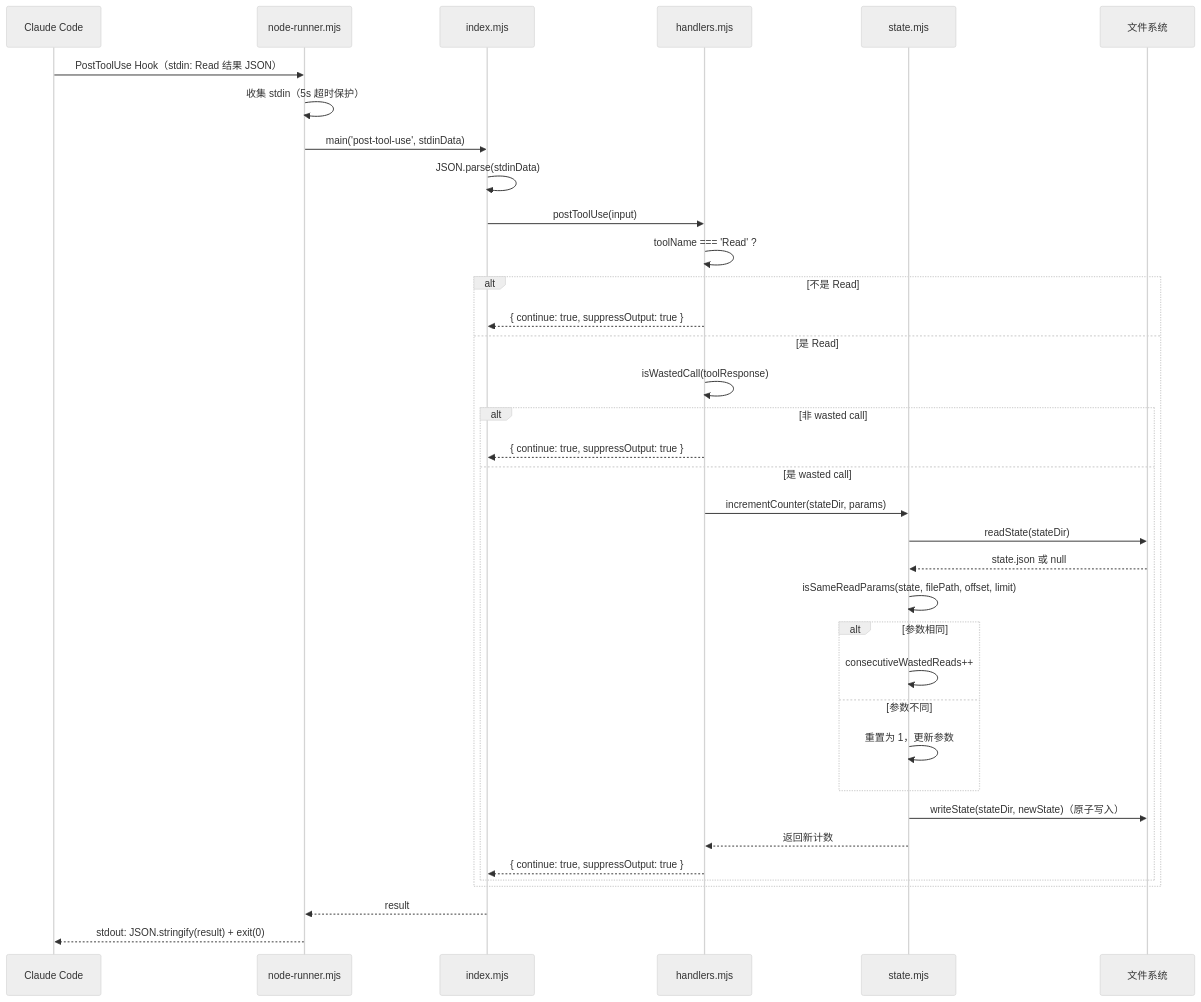
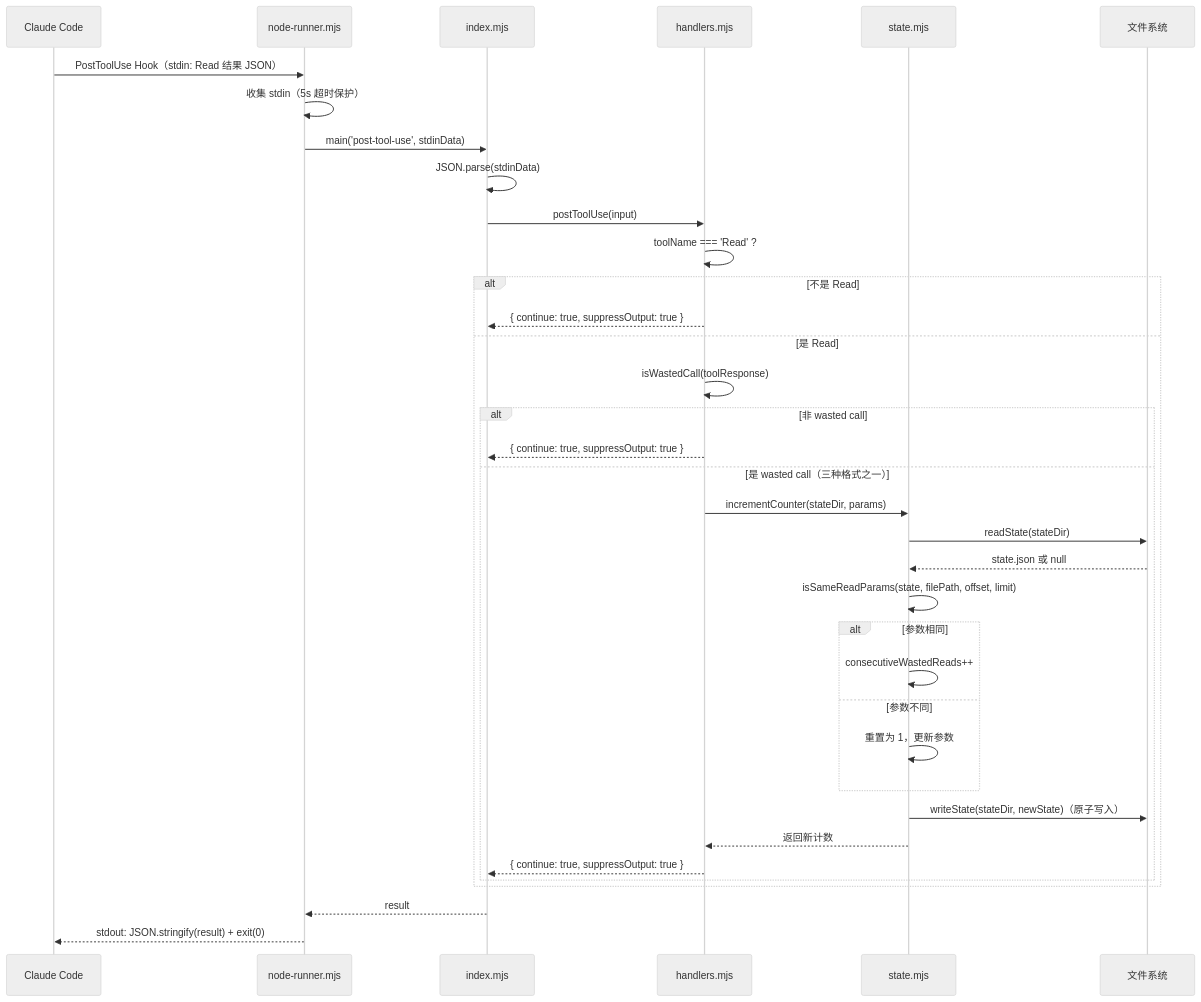
One commit to Lionad-Morotar/cc-break-dead-loop changed the second of 6 diagrams in docs/3. Workflow Overview.md. Above: the diagram before and after it, drawn with Mermaid (neutral theme). The commit also changed other lines of this file and 6 other files, not shown here.

````diff
--- a/docs/3. Workflow Overview.md
+++ b/docs/3. Workflow Overview.md
@@ -33,39 +33,39 @@
 ```mermaid
 sequenceDiagram
   participant CC as Claude Code
   participant NR as node-runner.mjs
   participant IDX as index.mjs
   participant HND as handlers.mjs
   participant ST as state.mjs
   participant FS as 文件系统
 
   CC->>NR: PostToolUse Hook（stdin: Read 结果 JSON）
   NR->>NR: 收集 stdin（5s 超时保护）
   NR->>IDX: main('post-tool-use', stdinData)
   IDX->>IDX: JSON.parse(stdinData)
   IDX->>HND: postToolUse(input)
   HND->>HND: toolName === 'Read' ?
   alt 不是 Read
     HND-->>IDX: { continue: true, suppressOutput: true }
   else 是 Read
     HND->>HND: isWastedCall(toolResponse)
     alt 非 wasted call
       HND-->>IDX: { continue: true, suppressOutput: true }
-    else 是 wasted call
+    else 是 wasted call（三种格式之一）
       HND->>ST: incrementCounter(stateDir, params)
       ST->>FS: readState(stateDir)
       FS-->>ST: state.json 或 null
       ST->>ST: isSameReadParams(state, filePath, offset, limit)
       alt 参数相同
         ST->>ST: consecutiveWastedReads++
       else 参数不同
         ST->>ST: 重置为 1，更新参数
       end
       ST->>FS: writeState(stateDir, newState)（原子写入）
       ST-->>HND: 返回新计数
       HND-->>IDX: { continue: true, suppressOutput: true }
     end
   end
   IDX-->>NR: result
   NR-->>CC: stdout: JSON.stringify(result) + exit(0)
 ```
````
